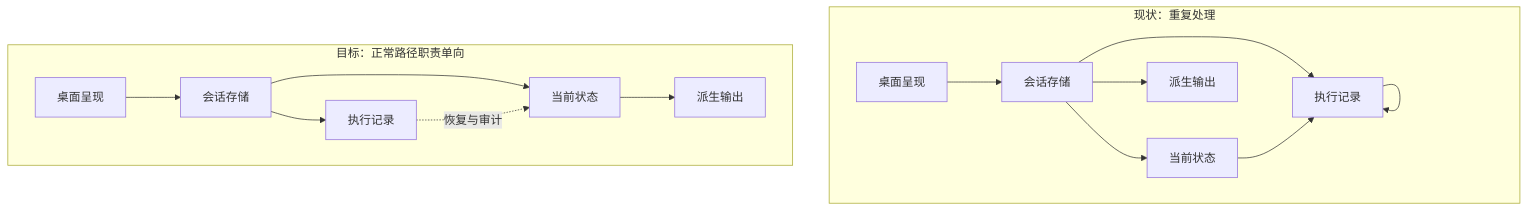
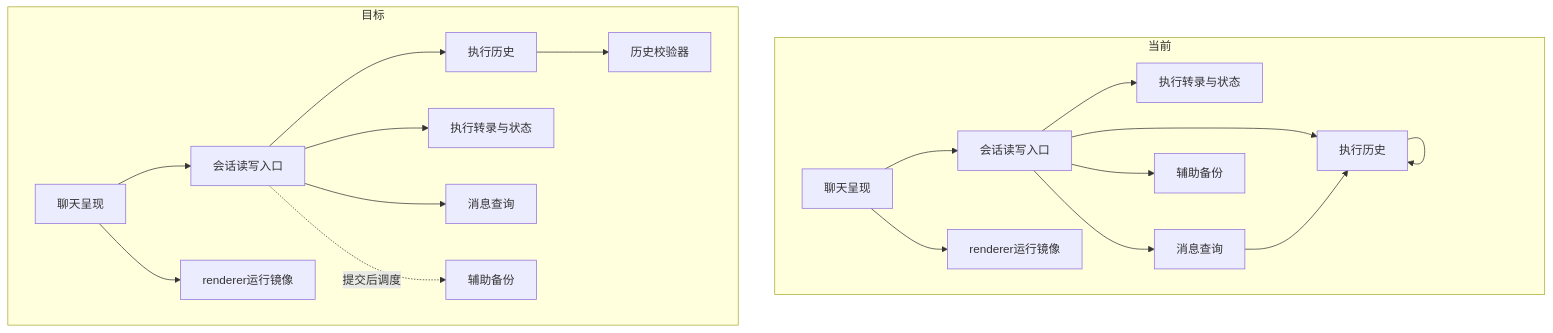
One commit to SpaceHuang/SpaceAssistant changed the diagram in docs/develop/storage-session/in-flight/会话存储全链路性能改进方案.md. Above: the diagram before and after it, drawn with Mermaid. The commit also changed other lines of this file and 2 other files, not shown here.

````diff
--- a/docs/develop/storage-session/in-flight/会话存储全链路性能改进方案.md
+++ b/docs/develop/storage-session/in-flight/会话存储全链路性能改进方案.md
@@ -62,18 +71,22 @@
 ```mermaid
 flowchart TB
-  subgraph NOW[现状：重复处理]
-    A[桌面呈现] --> B[会话存储]
-    B --> C[执行记录]
-    C --> C
-    B --> D[当前状态]
-    D --> C
-    B --> E[派生输出]
+  subgraph CURRENT[当前]
+    C1[会话读写入口] --> C2[执行历史]
+    C2 --> C2
+    C1 --> C3[执行转录与状态]
+    C1 --> C4[消息查询]
+    C4 --> C2
+    C1 --> C5[辅助备份]
+    C6[聊天呈现] --> C1
+    C6 --> C7[renderer运行镜像]
   end
-  subgraph TARGET[目标：正常路径职责单向]
-    F[桌面呈现] --> G[会话存储]
-    G --> H[当前状态]
-    G --> I[执行记录]
-    H --> J[派生输出]
-    I -.恢复与审计.-> H
+  subgraph TARGET[目标]
+    T6[聊天呈现] --> T1[会话读写入口]
+    T1 --> T2[执行历史]
+    T1 --> T3[执行转录与状态]
+    T1 --> T4[消息查询]
+    T1 -.提交后调度.-> T5[辅助备份]
+    T6 --> T7[renderer运行镜像]
+    T2 --> T8[历史校验器]
   end
 ```
````
